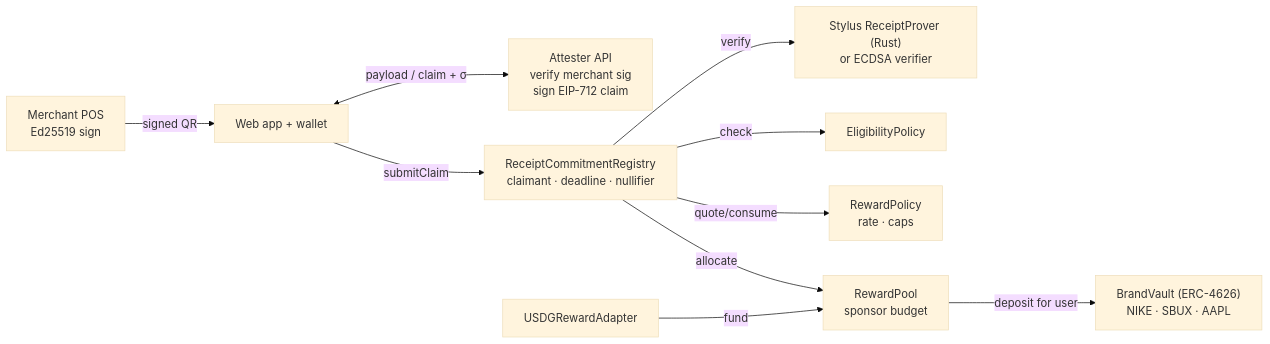
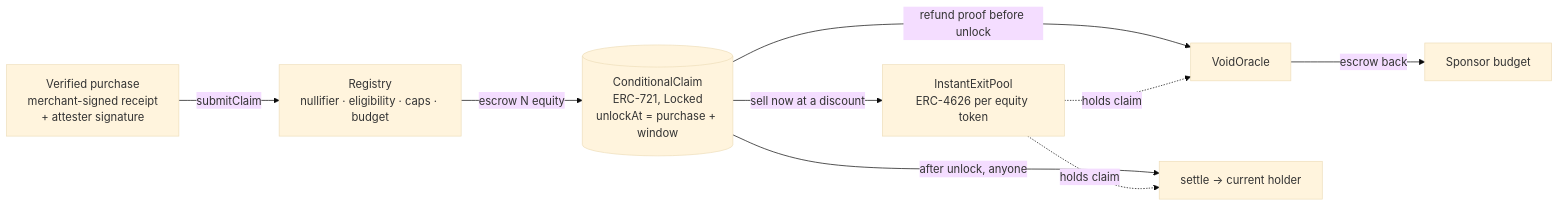
One commit to notwen123/Zen changed the diagram in README.md. Above: the diagram before and after it, drawn with Mermaid (base theme). The commit also changed other lines of this file and 6 other files, not shown here.

````diff
--- a/README.md
+++ b/README.md
@@ -145,12 +49,10 @@
 ```mermaid
 flowchart LR
-    POS["Merchant POS<br/>Ed25519 sign"] -->|signed QR| APP["Web app + wallet"]
-    APP <-->|payload / claim + σ| ATT["Attester API<br/>verify merchant sig<br/>sign EIP-712 claim"]
-    APP -->|submitClaim| REG["ReceiptCommitmentRegistry<br/>claimant · deadline · nullifier"]
-    REG -->|verify| V["Stylus ReceiptProver (Rust)<br/>or ECDSA verifier"]
-    REG -->|check| E["EligibilityPolicy"]
-    REG -->|quote/consume| P["RewardPolicy<br/>rate · caps"]
-    REG -->|allocate| POOL["RewardPool<br/>sponsor budget"]
-    USDG["USDGRewardAdapter"] -->|fund| POOL
-    POOL -->|deposit for user| BV["BrandVault (ERC-4626)<br/>NIKE · SBUX · AAPL"]
+    P[Verified purchase<br/>merchant-signed receipt<br/>+ attester signature] -->|submitClaim| R[Registry<br/>nullifier · eligibility · caps · budget]
+    R -->|escrow N equity| C[(ConditionalClaim<br/>ERC-721, Locked<br/>unlockAt = purchase + window)]
+    C -->|sell now at a discount| X[InstantExitPool<br/>ERC-4626 per equity token]
+    C -->|refund proof before unlock| V[VoidOracle] -->|escrow back| S[Sponsor budget]
+    C -->|after unlock, anyone| T[settle → current holder]
+    X -. holds claim .-> T
+    X -. holds claim .-> V
 ```
````
